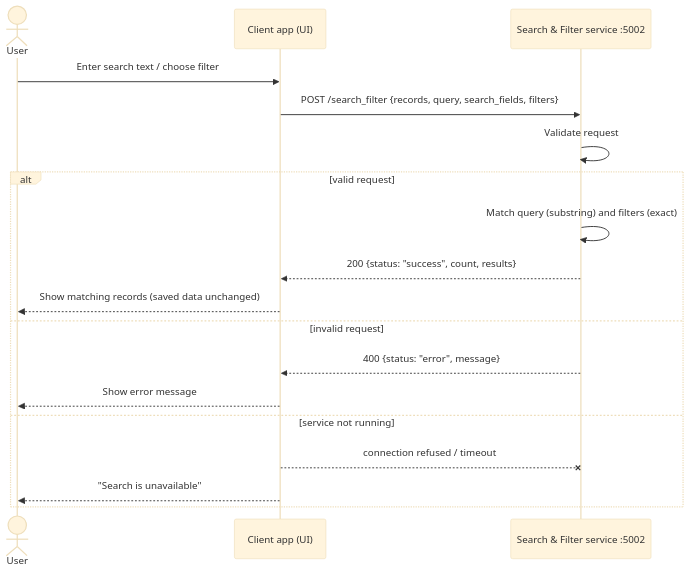
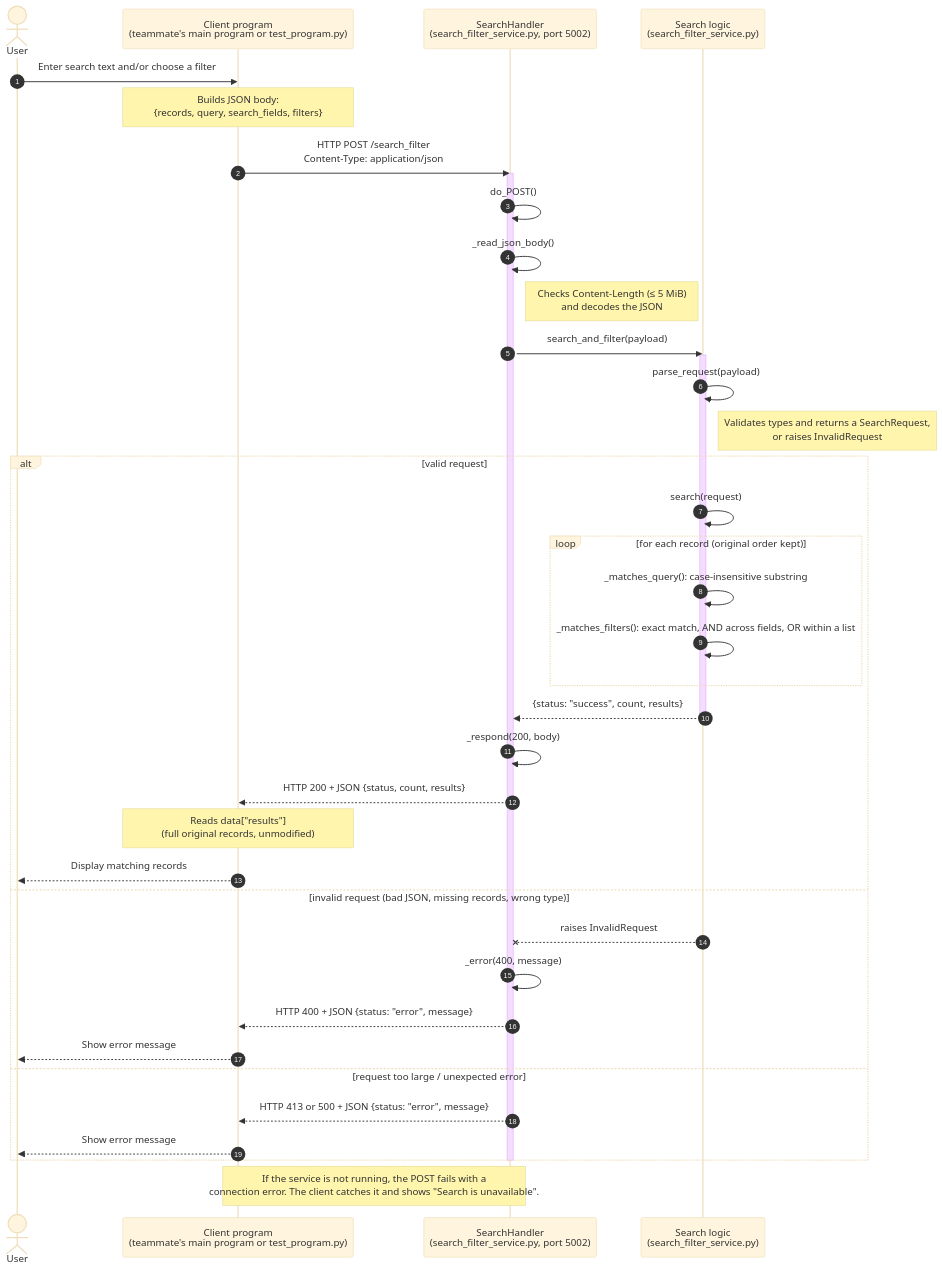
Before and after one commit to acheng-code/cs361-microservice-search-filter: the diagram in README.md, drawn with Mermaid (base theme). The commit also changed other lines of this file and 4 other files, not shown here.

````diff
--- a/README.md
+++ b/README.md
@@ -208,21 +259,43 @@
 ```mermaid
 sequenceDiagram
+    autonumber
     actor User
-    participant App as Client app (UI)
-    participant SF as Search & Filter service :5002
+    participant App as Client program<br/>(teammate's main program or test_program.py)
+    participant H as SearchHandler<br/>(search_filter_service.py, port 5002)
+    participant L as Search logic<br/>(search_filter_service.py)
 
-    User->>App: Enter search text / choose filter
-    App->>SF: POST /search_filter {records, query, search_fields, filters}
-    SF->>SF: Validate request
+    User->>App: Enter search text and/or choose a filter
+    Note over App: Builds JSON body:<br/>{records, query, search_fields, filters}
+    App->>H: HTTP POST /search_filter<br/>Content-Type: application/json
+    activate H
+    H->>H: do_POST()
+    H->>H: _read_json_body()
+    Note right of H: Checks Content-Length (≤ 5 MiB)<br/>and decodes the JSON
+    H->>L: search_and_filter(payload)
+    activate L
+    L->>L: parse_request(payload)
+    Note right of L: Validates types and returns a SearchRequest,<br/>or raises InvalidRequest
     alt valid request
-        SF->>SF: Match query (substring) and filters (exact)
-        SF-->>App: 200 {status: "success", count, results}
-        App-->>User: Show matching records (saved data unchanged)
-    else invalid request
-        SF-->>App: 400 {status: "error", message}
+        L->>L: search(request)
+        loop for each record (original order kept)
+            L->>L: _matches_query(): case-insensitive substring
+            L->>L: _matches_filters(): exact match, AND across fields, OR within a list
+        end
+        L-->>H: {status: "success", count, results}
+        deactivate L
+        H->>H: _respond(200, body)
+        H-->>App: HTTP 200 + JSON {status, count, results}
+        Note over App: Reads data["results"]<br/>(full original records, unmodified)
+        App-->>User: Display matching records
+    else invalid request (bad JSON, missing records, wrong type)
+        L--xH: raises InvalidRequest
+        H->>H: _error(400, message)
+        H-->>App: HTTP 400 + JSON {status: "error", message}
         App-->>User: Show error message
-    else service not running
-        App--xSF: connection refused / timeout
-        App-->>User: "Search is unavailable"
+    else request too large / unexpected error
+        H-->>App: HTTP 413 or 500 + JSON {status: "error", message}
+        App-->>User: Show error message
     end
+    deactivate H
+    Note over App,H: If the service is not running, the POST fails with a<br/>connection error. The client catches it and shows "Search is unavailable".
 ```
````
